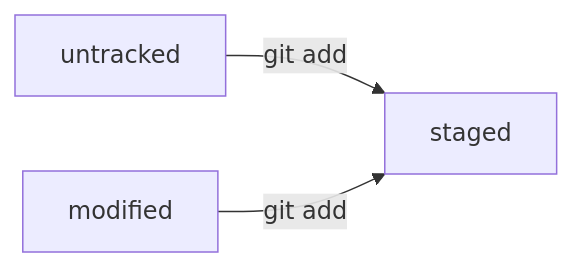
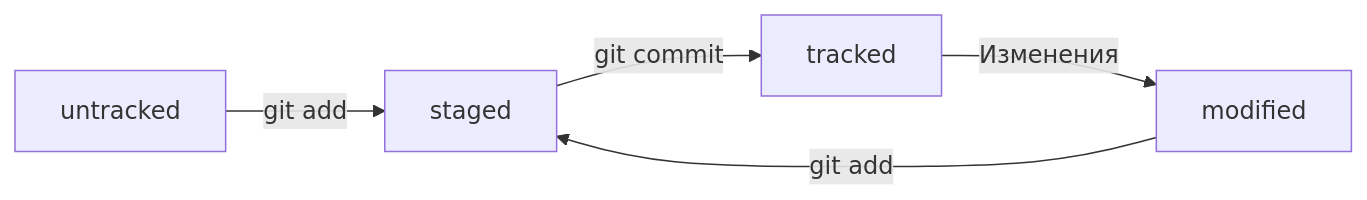
Before and after one commit to Suren73/second-project: the diagram in README.md, drawn with Mermaid.

Commit message:
Добавить mermaid-схему

````diff
--- a/README.md
+++ b/README.md
@@ -222,5 +222,7 @@
 ```mermaid
 graph LR;
 A[untracked] -- "git add" --> C[staged]
 B[modified] -- "git add" --> C[staged]
+C[staged] -- "git commit" --> D[tracked]
+D -- "Изменения" --> B
 ```
````
